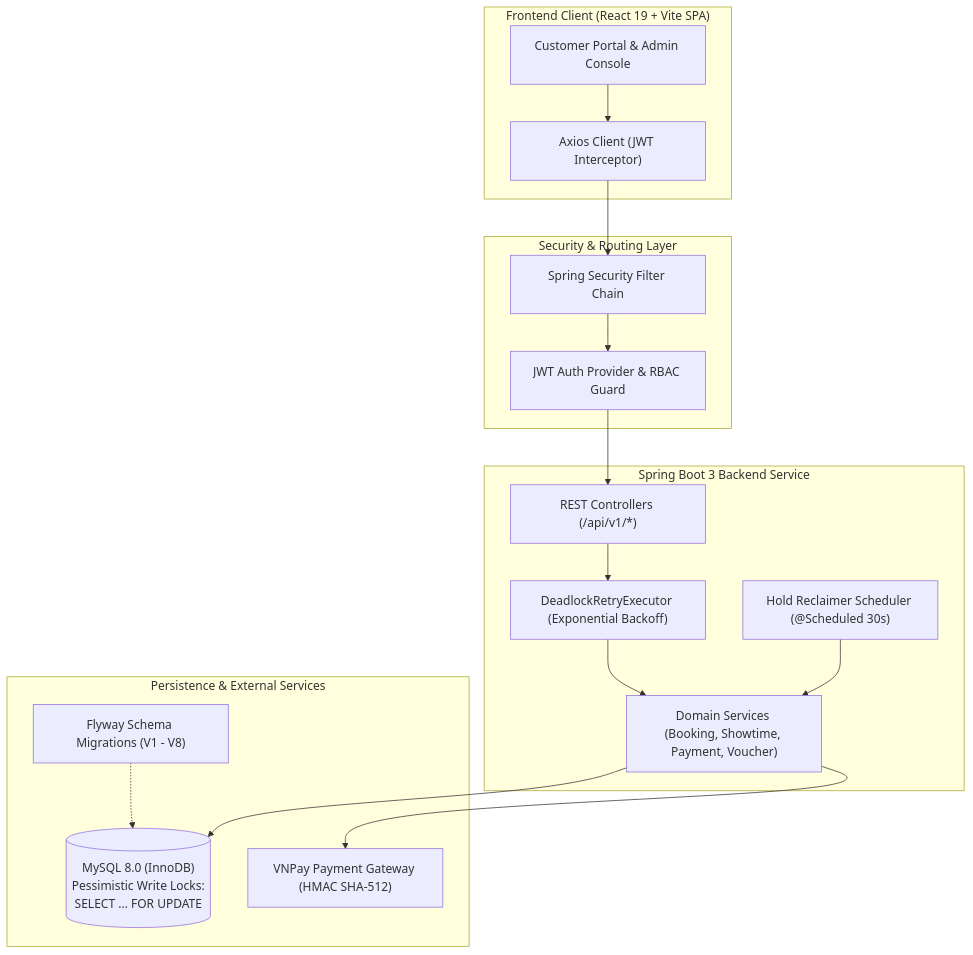
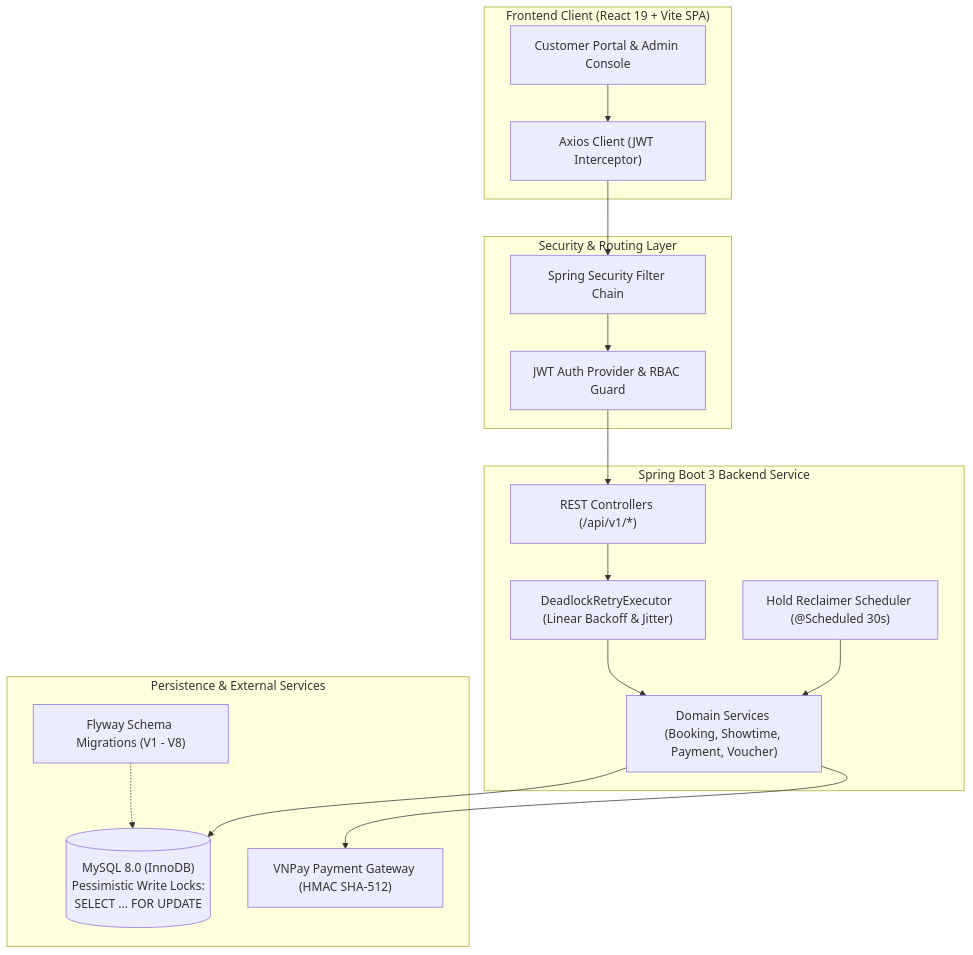
One commit to KhanhVu052/movie-theater-booking-system changed the diagram in README.md. Above: the diagram before and after it, drawn with Mermaid. The commit also changed other lines of this file and 5 other files, not shown here.

Commit message:
feat(security,ci): configure maven-failsafe-plugin, prevent HMAC timing attack with MessageDigest, and document linear backoff jitter

````diff
--- a/README.md
+++ b/README.md
@@ -18,36 +18,36 @@
 ```mermaid
 flowchart TD
     subgraph Client["Frontend Client (React 19 + Vite SPA)"]
         UI["Customer Portal & Admin Console"]
         Axios["Axios Client (JWT Interceptor)"]
     end
 
     subgraph Security["Security & Routing Layer"]
         Filter["Spring Security Filter Chain"]
         JWT["JWT Auth Provider & RBAC Guard"]
     end
 
     subgraph Backend["Spring Boot 3 Backend Service"]
         Controller["REST Controllers (/api/v1/*)"]
-        Retry["DeadlockRetryExecutor (Exponential Backoff)"]
+        Retry["DeadlockRetryExecutor (Linear Backoff & Jitter)"]
         Services["Domain Services (Booking, Showtime, Payment, Voucher)"]
         Scheduler["Hold Reclaimer Scheduler (@Scheduled 30s)"]
     end
 
     subgraph Data["Persistence & External Services"]
         MySQL[("MySQL 8.0 (InnoDB)<br/>Pessimistic Write Locks:<br/>SELECT ... FOR UPDATE")]
         Flyway["Flyway Schema Migrations (V1 - V8)"]
         VNPay["VNPay Payment Gateway (HMAC SHA-512)"]
     end
 
     UI --> Axios
     Axios --> Filter
     Filter --> JWT
     JWT --> Controller
     Controller --> Retry
     Retry --> Services
     Scheduler --> Services
     Services --> MySQL
     Services --> VNPay
     Flyway -.-> MySQL
 ```
````
